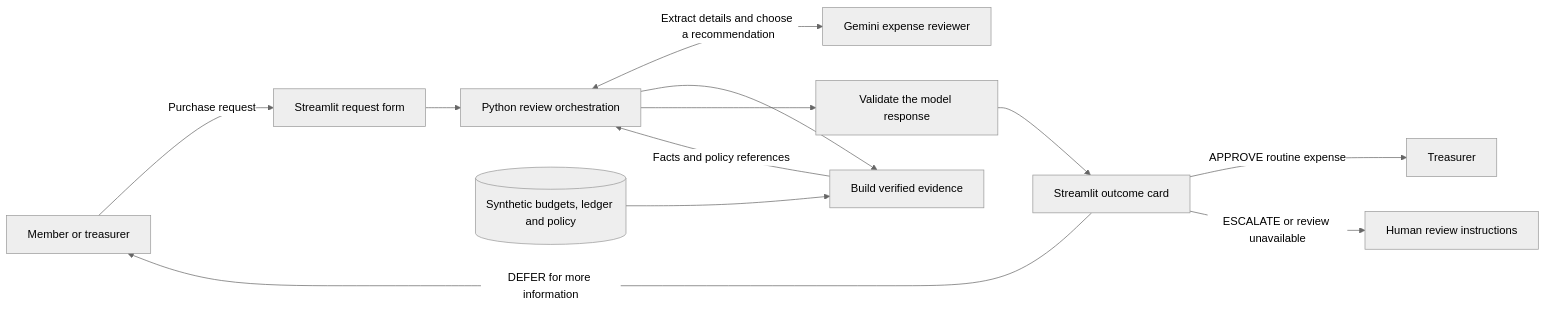
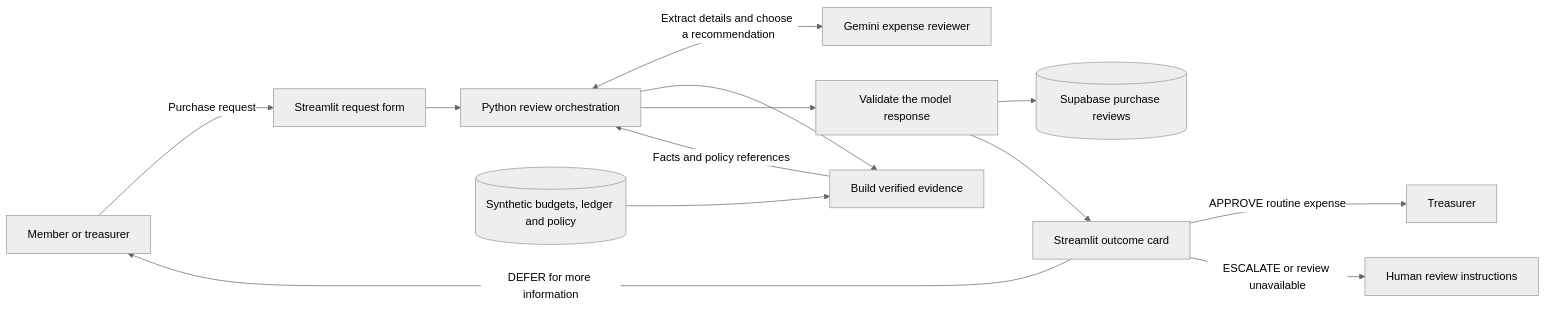
Before and after one commit to tom4247/Campus-spending-review-agent: the second of 4 diagrams in README.md, drawn with Mermaid (neutral theme). The commit also changed other lines of this file and 8 other files, not shown here.

Commit message:
Make purchase review chat-first and save review history

````diff
--- a/README.md
+++ b/README.md
@@ -51,14 +51,15 @@
 ```mermaid
 flowchart LR
     member["Member or treasurer"] -->|"Purchase request"| form["Streamlit request form"]
     form --> host["Python review orchestration"]
     host <-->|"Extract details and choose a recommendation"| model["Gemini expense reviewer"]
     host --> evidence["Build verified evidence"]
     records[("Synthetic budgets, ledger and policy")] --> evidence
     evidence -->|"Facts and policy references"| host
     host --> check["Validate the model response"]
+    check --> reviewLog[("Supabase purchase reviews")]
     check --> card["Streamlit outcome card"]
     card -->|"APPROVE routine expense"| treasurer["Treasurer"]
     card -->|"DEFER for more information"| member
     card -->|"ESCALATE or review unavailable"| handoff["Human review instructions"]
 ```
````
